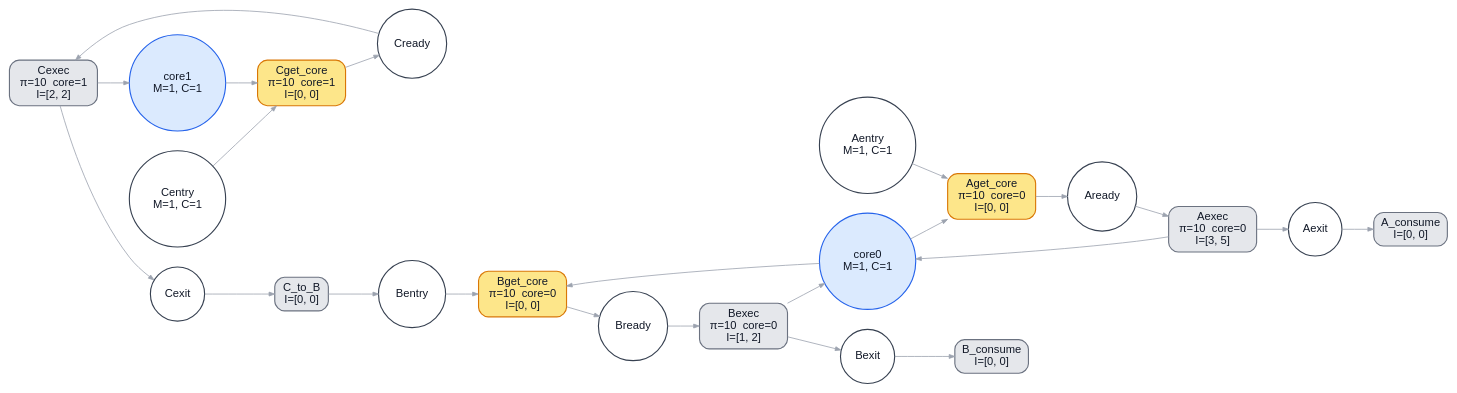
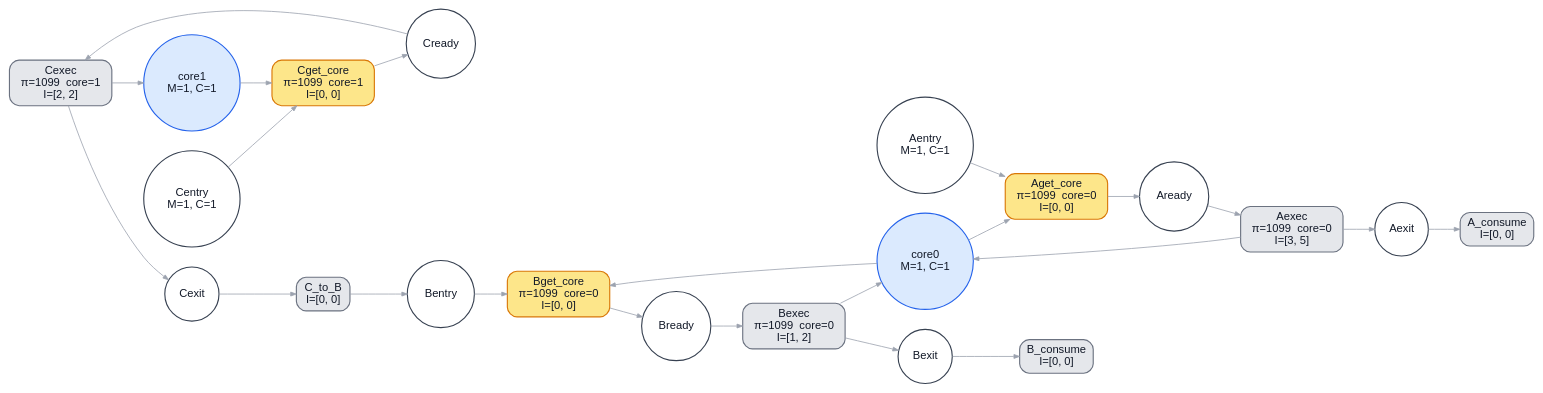
The diagram in example/bench/priority_tie_no_preemption/ptpn.dot (kevindadi/PPTPN), drawn with Graphviz before and after one commit. The commit also changed 26 other files, not shown here.

```diff
--- a/example/bench/priority_tie_no_preemption/ptpn.dot
+++ b/example/bench/priority_tie_no_preemption/ptpn.dot
@@ -1,47 +1,47 @@
 digraph G {
 graph [rankdir=LR, fontname="Helvetica", nodesep=0.35, ranksep=0.55, bgcolor="white"];
 node [fontname="Helvetica", margin=0.08, style="filled,rounded", fontcolor="#111827"];
 edge [fontname="Helvetica", color="#9ca3af", arrowsize=0.7];
 "Bentry" [label="Bentry", shape="circle", style="filled,rounded", fillcolor="#ffffff", color="#374151", fontcolor="#111827", penwidth="1.4"];
 "Bready" [label="Bready", shape="circle", style="filled,rounded", fillcolor="#ffffff", color="#374151", fontcolor="#111827", penwidth="1.4"];
 "Bexit" [label="Bexit", shape="circle", style="filled,rounded", fillcolor="#ffffff", color="#374151", fontcolor="#111827", penwidth="1.4"];
 "Centry" [label="Centry\nM=1, C=1", shape="circle", style="filled,rounded", fillcolor="#ffffff", color="#374151", fontcolor="#111827", penwidth="1.4"];
 "Cready" [label="Cready", shape="circle", style="filled,rounded", fillcolor="#ffffff", color="#374151", fontcolor="#111827", penwidth="1.4"];
 "Cexit" [label="Cexit", shape="circle", style="filled,rounded", fillcolor="#ffffff", color="#374151", fontcolor="#111827", penwidth="1.4"];
 "Aentry" [label="Aentry\nM=1, C=1", shape="circle", style="filled,rounded", fillcolor="#ffffff", color="#374151", fontcolor="#111827", penwidth="1.4"];
 "Aready" [label="Aready", shape="circle", style="filled,rounded", fillcolor="#ffffff", color="#374151", fontcolor="#111827", penwidth="1.4"];
 "Aexit" [label="Aexit", shape="circle", style="filled,rounded", fillcolor="#ffffff", color="#374151", fontcolor="#111827", penwidth="1.4"];
 "core0" [label="core0\nM=1, C=1", shape="circle", style="filled,rounded", fillcolor="#dbeafe", color="#2563eb", fontcolor="#111827", penwidth="1.4"];
 "core1" [label="core1\nM=1, C=1", shape="circle", style="filled,rounded", fillcolor="#dbeafe", color="#2563eb", fontcolor="#111827", penwidth="1.4"];
-"Bget_core" [label="Bget_core\nπ=10  core=0\nI=[0, 0]", shape="box", style="filled,rounded", fillcolor="#fde68a", color="#d97706", fontcolor="#111827", penwidth="1.4"];
-"Bexec" [label="Bexec\nπ=10  core=0\nI=[1, 2]", shape="box", style="filled,rounded", fillcolor="#e5e7eb", color="#6b7280", fontcolor="#111827", penwidth="1.4"];
-"Cget_core" [label="Cget_core\nπ=10  core=1\nI=[0, 0]", shape="box", style="filled,rounded", fillcolor="#fde68a", color="#d97706", fontcolor="#111827", penwidth="1.4"];
-"Cexec" [label="Cexec\nπ=10  core=1\nI=[2, 2]", shape="box", style="filled,rounded", fillcolor="#e5e7eb", color="#6b7280", fontcolor="#111827", penwidth="1.4"];
-"Aget_core" [label="Aget_core\nπ=10  core=0\nI=[0, 0]", shape="box", style="filled,rounded", fillcolor="#fde68a", color="#d97706", fontcolor="#111827", penwidth="1.4"];
-"Aexec" [label="Aexec\nπ=10  core=0\nI=[3, 5]", shape="box", style="filled,rounded", fillcolor="#e5e7eb", color="#6b7280", fontcolor="#111827", penwidth="1.4"];
+"Bget_core" [label="Bget_core\nπ=1099  core=0\nI=[0, 0]", shape="box", style="filled,rounded", fillcolor="#fde68a", color="#d97706", fontcolor="#111827", penwidth="1.4"];
+"Bexec" [label="Bexec\nπ=1099  core=0\nI=[1, 2]", shape="box", style="filled,rounded", fillcolor="#e5e7eb", color="#6b7280", fontcolor="#111827", penwidth="1.4"];
+"Cget_core" [label="Cget_core\nπ=1099  core=1\nI=[0, 0]", shape="box", style="filled,rounded", fillcolor="#fde68a", color="#d97706", fontcolor="#111827", penwidth="1.4"];
+"Cexec" [label="Cexec\nπ=1099  core=1\nI=[2, 2]", shape="box", style="filled,rounded", fillcolor="#e5e7eb", color="#6b7280", fontcolor="#111827", penwidth="1.4"];
+"Aget_core" [label="Aget_core\nπ=1099  core=0\nI=[0, 0]", shape="box", style="filled,rounded", fillcolor="#fde68a", color="#d97706", fontcolor="#111827", penwidth="1.4"];
+"Aexec" [label="Aexec\nπ=1099  core=0\nI=[3, 5]", shape="box", style="filled,rounded", fillcolor="#e5e7eb", color="#6b7280", fontcolor="#111827", penwidth="1.4"];
 "C_to_B" [label="C_to_B\nI=[0, 0]", shape="box", style="filled,rounded", fillcolor="#e5e7eb", color="#6b7280", fontcolor="#111827", penwidth="1.4"];
 "A_consume" [label="A_consume\nI=[0, 0]", shape="box", style="filled,rounded", fillcolor="#e5e7eb", color="#6b7280", fontcolor="#111827", penwidth="1.4"];
 "B_consume" [label="B_consume\nI=[0, 0]", shape="box", style="filled,rounded", fillcolor="#e5e7eb", color="#6b7280", fontcolor="#111827", penwidth="1.4"];
 "Bentry" -> "Bget_core" [label="", color="#9ca3af", penwidth="1.0"];
 "Bready" -> "Bexec" [label="", color="#9ca3af", penwidth="1.0"];
 "Bexit" -> "B_consume" [label="", color="#9ca3af", penwidth="1.0"];
 "Centry" -> "Cget_core" [label="", color="#9ca3af", penwidth="1.0"];
 "Cready" -> "Cexec" [label="", color="#9ca3af", penwidth="1.0"];
 "Cexit" -> "C_to_B" [label="", color="#9ca3af", penwidth="1.0"];
 "Aentry" -> "Aget_core" [label="", color="#9ca3af", penwidth="1.0"];
 "Aready" -> "Aexec" [label="", color="#9ca3af", penwidth="1.0"];
 "Aexit" -> "A_consume" [label="", color="#9ca3af", penwidth="1.0"];
 "core0" -> "Bget_core" [label="", color="#9ca3af", penwidth="1.0"];
 "core0" -> "Aget_core" [label="", color="#9ca3af", penwidth="1.0"];
 "core1" -> "Cget_core" [label="", color="#9ca3af", penwidth="1.0"];
 "Bget_core" -> "Bready" [label="", color="#9ca3af", penwidth="1.0"];
 "Bexec" -> "Bexit" [label="", color="#9ca3af", penwidth="1.0"];
 "Bexec" -> "core0" [label="", color="#9ca3af", penwidth="1.0"];
 "Cget_core" -> "Cready" [label="", color="#9ca3af", penwidth="1.0"];
 "Cexec" -> "Cexit" [label="", color="#9ca3af", penwidth="1.0"];
 "Cexec" -> "core1" [label="", color="#9ca3af", penwidth="1.0"];
 "Aget_core" -> "Aready" [label="", color="#9ca3af", penwidth="1.0"];
 "Aexec" -> "Aexit" [label="", color="#9ca3af", penwidth="1.0"];
 "Aexec" -> "core0" [label="", color="#9ca3af", penwidth="1.0"];
 "C_to_B" -> "Bentry" [label="", color="#9ca3af", penwidth="1.0"];
 }
```
